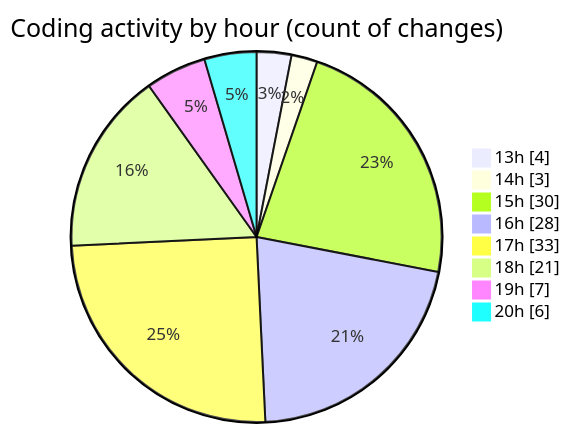
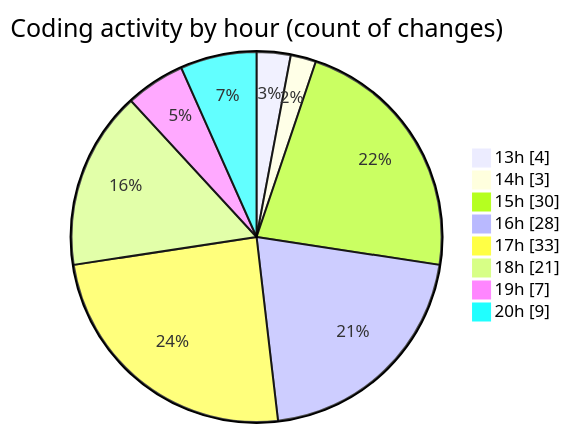
The second of 2 diagrams in 2025-08-11/ribbon/README.md (EIIisD/code-tracking), drawn with Mermaid before and after one commit. The commit also changed other lines of this file and 1 other file, not shown here.

````diff
--- a/2025-08-11/ribbon/README.md
+++ b/2025-08-11/ribbon/README.md
@@ -52,12 +52,12 @@
 ```mermaid
 pie showData
 title Coding activity by hour (count of changes)
 "13h" : 4
 "14h" : 3
 "15h" : 30
 "16h" : 28
 "17h" : 33
 "18h" : 21
 "19h" : 7
-"20h" : 6
+"20h" : 9
 ```
````
